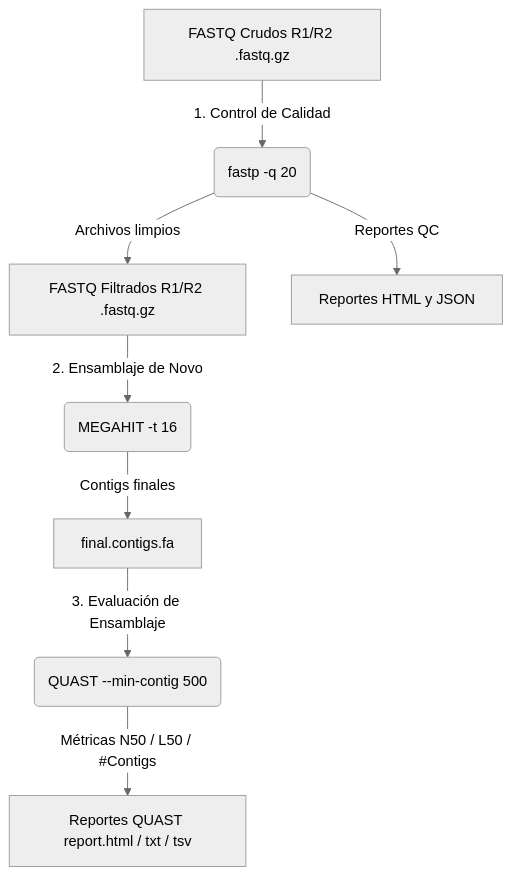
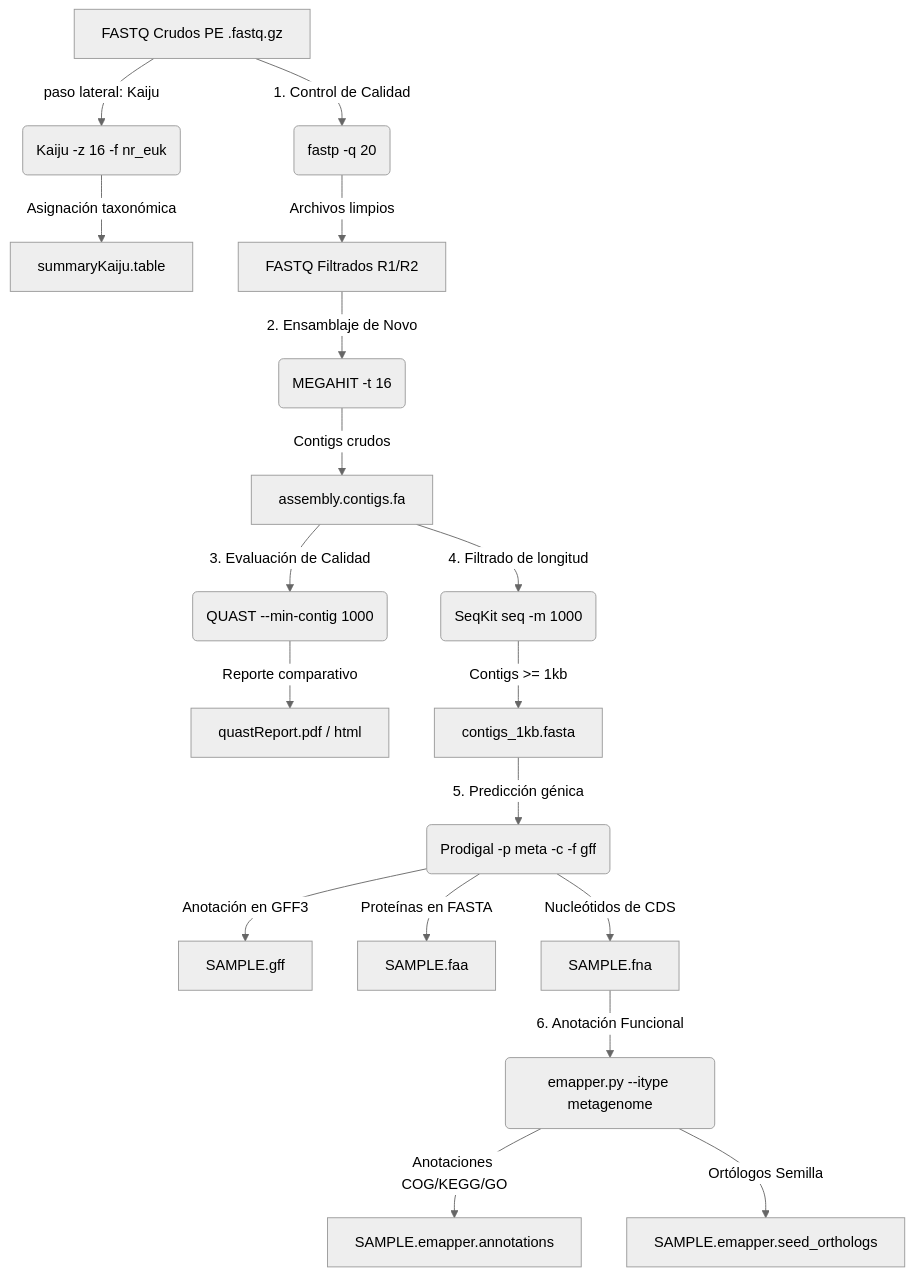
The diagram in README.md (IzaRamosUNAM/AntarcticMetagenomes), drawn with Mermaid (neutral theme) before and after one commit. The commit also changed other lines of this file, not shown here.

````diff
--- a/README.md
+++ b/README.md
@@ -383,10 +566,25 @@
 ```mermaid
 graph TD
-    A[FASTQ Crudos R1/R2 .fastq.gz] -->|1. Control de Calidad| B(fastp -q 20)
-    B -->|Archivos limpios| C[FASTQ Filtrados R1/R2 .fastq.gz]
-    B -->|Reportes QC| D[Reportes HTML y JSON]
-    C -->|2. Ensamblaje de Novo| E(MEGAHIT -t 16)
-    E -->|Contigs finales| F[final.contigs.fa]
-    F -->|3. Evaluación de Ensamblaje| G(QUAST --min-contig 500)
-    G -->|Métricas N50 / L50 / #Contigs| H[Reportes QUAST report.html / txt / tsv]
+    A[FASTQ Crudos PE .fastq.gz] -->|paso lateral: Kaiju| B(Kaiju -z 16 -f nr_euk)
+    B -->|Asignación taxonómica| C[summaryKaiju.table]
+    
+    A -->|1. Control de Calidad| D(fastp -q 20)
+    D -->|Archivos limpios| E[FASTQ Filtrados R1/R2]
+    E -->|2. Ensamblaje de Novo| F(MEGAHIT -t 16)
+    F -->|Contigs crudos| G[assembly.contigs.fa]
+    
+    G -->|3. Evaluación de Calidad| H(QUAST --min-contig 1000)
+    H -->|Reporte comparativo| I[quastReport.pdf / html]
+    
+    G -->|4. Filtrado de longitud| J(SeqKit seq -m 1000)
+    J -->|Contigs >= 1kb| K[contigs_1kb.fasta]
+    
+    K -->|5. Predicción génica| L(Prodigal -p meta -c -f gff)
+    L -->|Anotación en GFF3| M[SAMPLE.gff]
+    L -->|Proteínas en FASTA| N[SAMPLE.faa]
+    L -->|Nucleótidos de CDS| O[SAMPLE.fna]
+    
+    O -->|6. Anotación Funcional| P(emapper.py --itype metagenome)
+    P -->|Anotaciones COG/KEGG/GO| Q[SAMPLE.emapper.annotations]
+    P -->|Ortólogos Semilla| R[SAMPLE.emapper.seed_orthologs]
 ```
````
